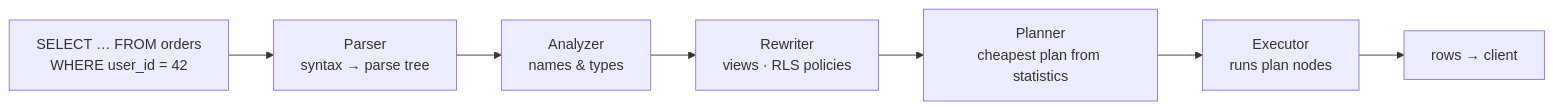
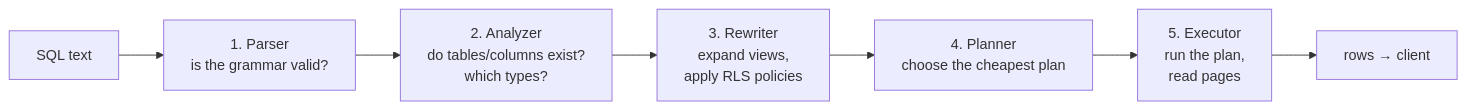
Before and after one commit to wesamkhateeb98-creator/postgresql-zero-to-hero: the fourth of 11 diagrams in Doc/00-introduction/03-architecture.md, drawn with Mermaid. The commit also changed other lines of this file, not shown here.

Commit message:
Rewrite architecture doc with definitions and scenarios per component

````diff
--- a/Doc/00-introduction/03-architecture.md
+++ b/Doc/00-introduction/03-architecture.md
@@ -71,9 +144,9 @@
 ```mermaid
 flowchart LR
-    SQL["SELECT … FROM orders<br/>WHERE user_id = 42"] --> P["Parser<br/>syntax → parse tree"]
-    P --> AN["Analyzer<br/>names & types"]
-    AN --> RW["Rewriter<br/>views · RLS policies"]
-    RW --> PL["Planner<br/>cheapest plan from statistics"]
-    PL --> EX["Executor<br/>runs plan nodes"]
+    SQL["SQL text"] --> P["1. Parser<br/>is the grammar valid?"]
+    P --> AN["2. Analyzer<br/>do tables/columns exist?<br/>which types?"]
+    AN --> RW["3. Rewriter<br/>expand views,<br/>apply RLS policies"]
+    RW --> PL["4. Planner<br/>choose the cheapest plan"]
+    PL --> EX["5. Executor<br/>run the plan,<br/>read pages"]
     EX --> OUT["rows → client"]
 ```
````
